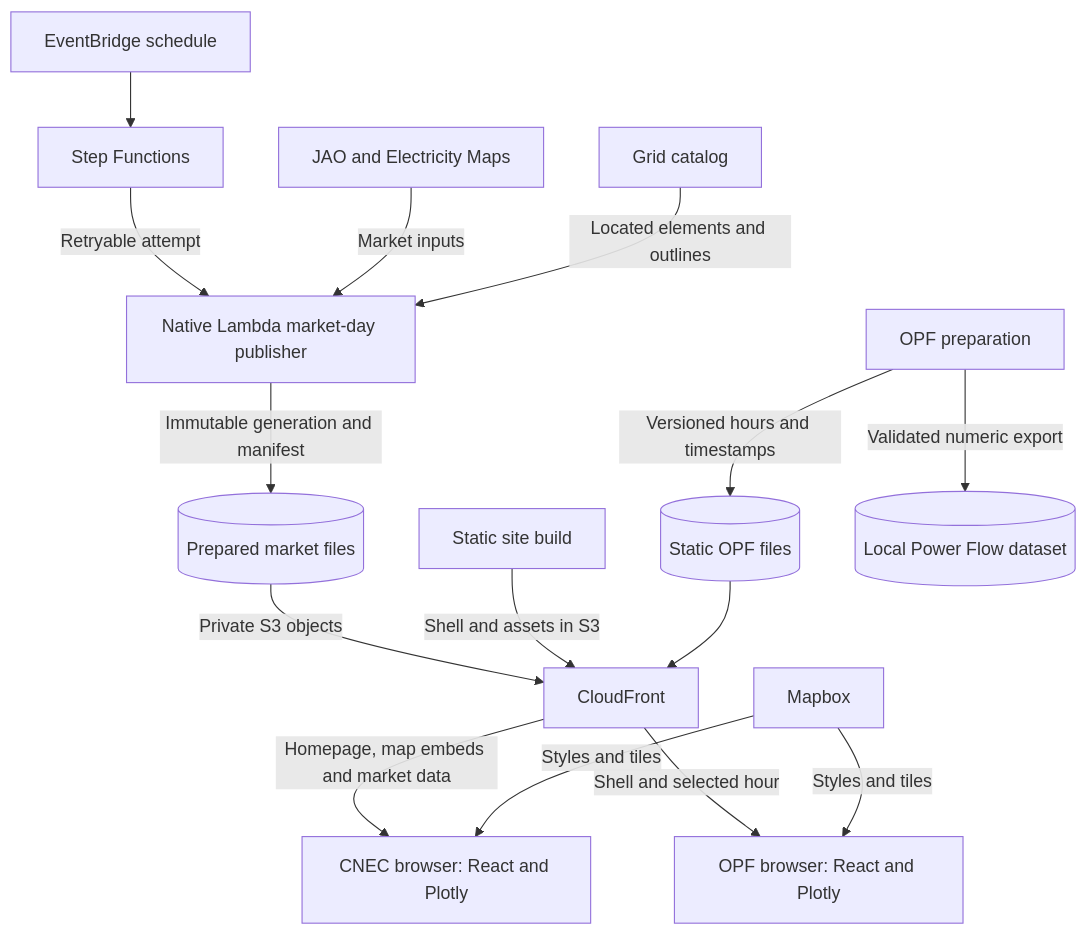
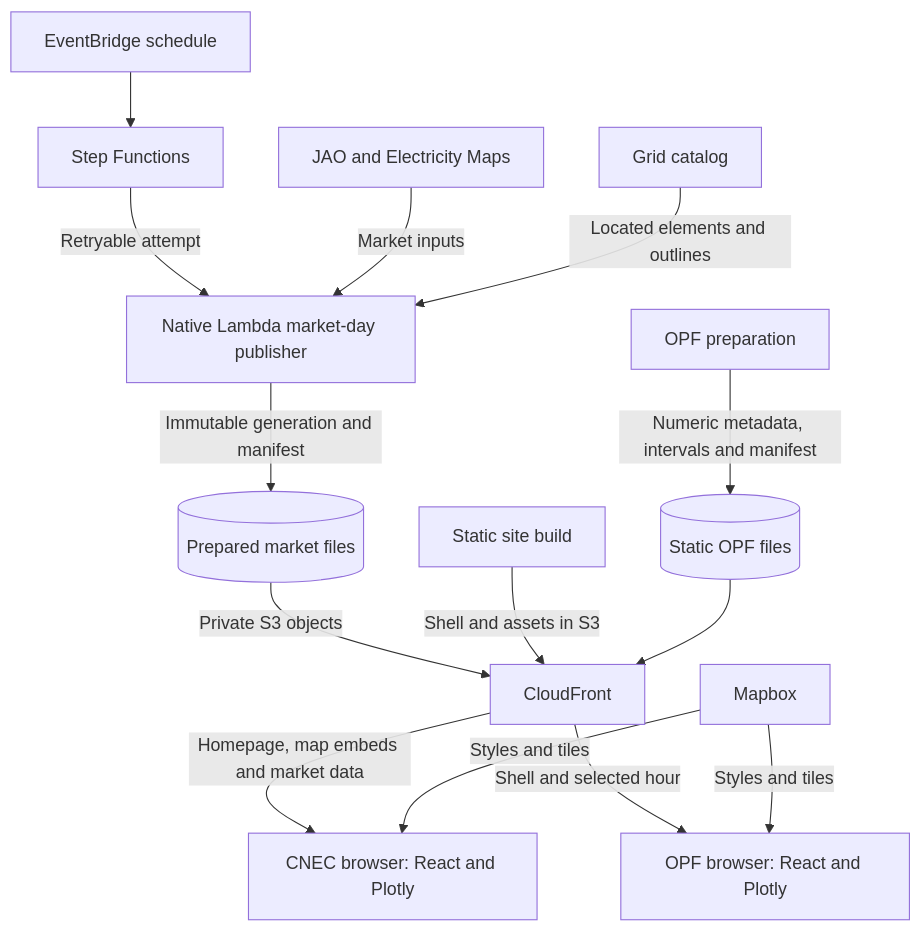
One commit to zoltanmaric/coppersushi changed the diagram in README.md. Above: the diagram before and after it, drawn with Mermaid. The commit also changed other lines of this file and 451 other files, not shown here.

````diff
--- a/README.md
+++ b/README.md
@@ -40,21 +45,20 @@
 ```mermaid
 flowchart TB
     schedule["EventBridge schedule"] --> workflow["Step Functions"]
     workflow -->|Retryable attempt| publication
     market["JAO and Electricity Maps"] -->|Market inputs| publication["Native Lambda market-day publisher"]
     catalog["Grid catalog"] -->|Located elements and outlines| publication
     publication -->|Immutable generation and manifest| prepared[("Prepared market files")]
     prepared -->|Private S3 objects| edge["CloudFront"]
     build["Static site build"] -->|Shell and assets in S3| edge
     edge -->|Homepage, map embeds and market data| browser["CNEC browser: React and Plotly"]
-    opf["OPF preparation"] -->|Versioned hours and timestamps| opffiles[("Static OPF files")]
-    opf -->|Validated numeric export| localopf[("Local Power Flow dataset")]
+    opf["OPF preparation"] -->|Numeric metadata, intervals and manifest| opffiles[("Static OPF files")]
     opffiles --> edge
     edge -->|Shell and selected hour| opfbrowser["OPF browser: React and Plotly"]
     maps["Mapbox"] -->|Styles and tiles| browser
     maps -->|Styles and tiles| opfbrowser
-    click catalog "https://github.com/zoltanmaric/coppersushi/blob/main/coppersushi/grid_catalog/README.md" "Grid catalog"
-    click opf "https://github.com/zoltanmaric/coppersushi/blob/main/coppersushi/opf/README.md" "OPF"
-    click publication "https://github.com/zoltanmaric/coppersushi/blob/main/coppersushi/publication/README.md" "Publication"
-    click browser "https://github.com/zoltanmaric/coppersushi/blob/main/frontend/README.md" "CNEC browser"
+    click catalog "https://github.com/zoltanmaric/coppersushi/blob/main/coppersushi/pipelines/grid/README.md" "Grid catalog"
+    click opf "https://github.com/zoltanmaric/coppersushi/blob/main/coppersushi/pipelines/powerflow/README.md" "OPF"
+    click publication "https://github.com/zoltanmaric/coppersushi/blob/main/coppersushi/pipelines/cnec/README.md" "Publication"
+    click browser "https://github.com/zoltanmaric/coppersushi/blob/main/coppersushi/frontend/README.md" "CNEC browser"
 ```
````
